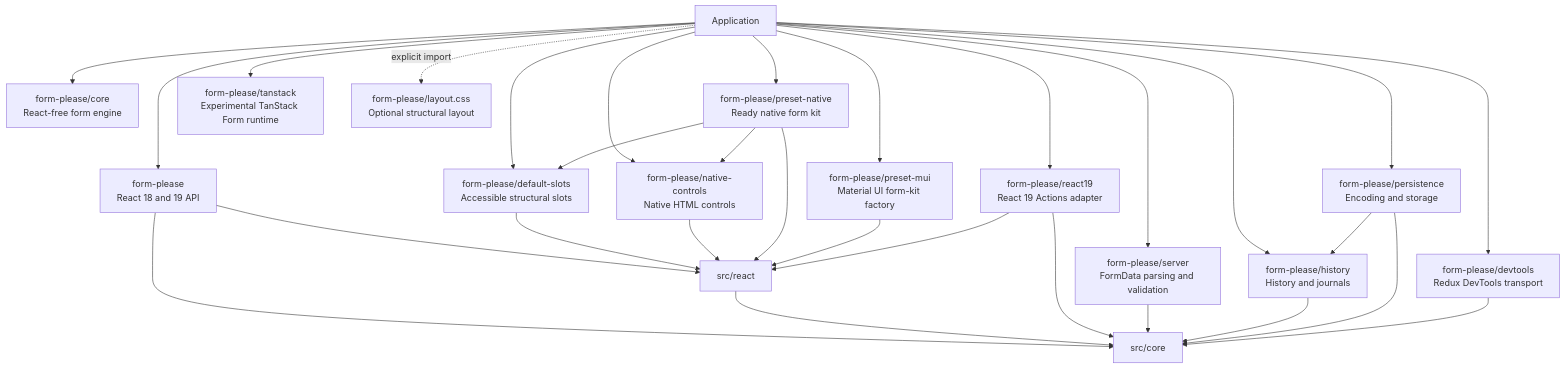
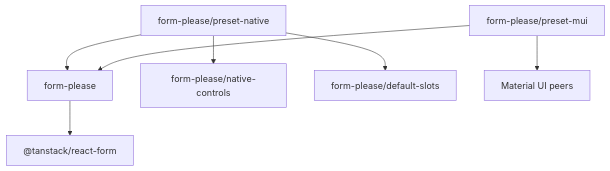
The diagram in docs/ARCHITECTURE.md (r13v/fokit), drawn with Mermaid before and after one commit. The commit also changed other lines of this file and 293 other files, not shown here.

Commit message:
feat: use tanstack as runtime

````diff
--- a/docs/ARCHITECTURE.md
+++ b/docs/ARCHITECTURE.md
@@ -22,52 +23,9 @@
 ```mermaid
 flowchart TD
-    App["Application"]
-
-    Main["form-please<br/>React 18 and 19 API"]
-    Core["form-please/core<br/>React-free form engine"]
-    DefaultSlots["form-please/default-slots<br/>Accessible structural slots"]
-    NativeControls["form-please/native-controls<br/>Native HTML controls"]
-    PresetNative["form-please/preset-native<br/>Ready native form kit"]
-    PresetMui["form-please/preset-mui<br/>Material UI form-kit factory"]
-    TanStack["form-please/tanstack<br/>Experimental TanStack Form runtime"]
-    React19["form-please/react19<br/>React 19 Actions adapter"]
-    Server["form-please/server<br/>FormData parsing and validation"]
-    History["form-please/history<br/>History and journals"]
-    Persistence["form-please/persistence<br/>Encoding and storage"]
-    DevTools["form-please/devtools<br/>Redux DevTools transport"]
-    CSS["form-please/layout.css<br/>Optional structural layout"]
-
-    ReactLayer["src/react"]
-    CoreLayer["src/core"]
-
-    App --> Main
-    App --> Core
-    App --> DefaultSlots
-    App --> NativeControls
-    App --> PresetNative
-    App --> PresetMui
-    App --> TanStack
-    App --> React19
-    App --> Server
-    App --> History
-    App --> Persistence
-    App --> DevTools
-    App -. explicit import .-> CSS
-
-    Main --> ReactLayer
-    Main --> CoreLayer
-    DefaultSlots --> ReactLayer
-    NativeControls --> ReactLayer
-    PresetNative --> DefaultSlots
-    PresetNative --> NativeControls
-    PresetNative --> ReactLayer
-    PresetMui --> ReactLayer
-    ReactLayer --> CoreLayer
-    React19 --> ReactLayer
-    React19 --> CoreLayer
-    Server --> CoreLayer
-    History --> CoreLayer
-    Persistence --> CoreLayer
-    Persistence --> History
-    DevTools --> CoreLayer
+    Root["form-please"] --> TanStack["@tanstack/react-form"]
+    NativePreset["form-please/preset-native"] --> Root
+    NativePreset --> NativeControls["form-please/native-controls"]
+    NativePreset --> DefaultSlots["form-please/default-slots"]
+    MuiPreset["form-please/preset-mui"] --> Root
+    MuiPreset --> Mui["Material UI peers"]
 ```
````
